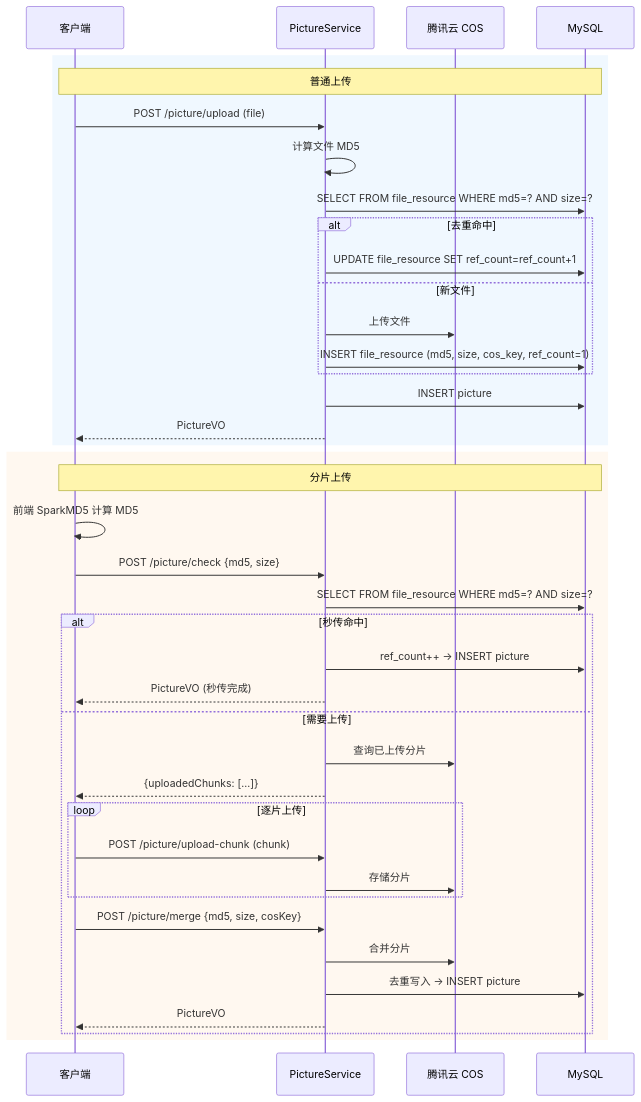
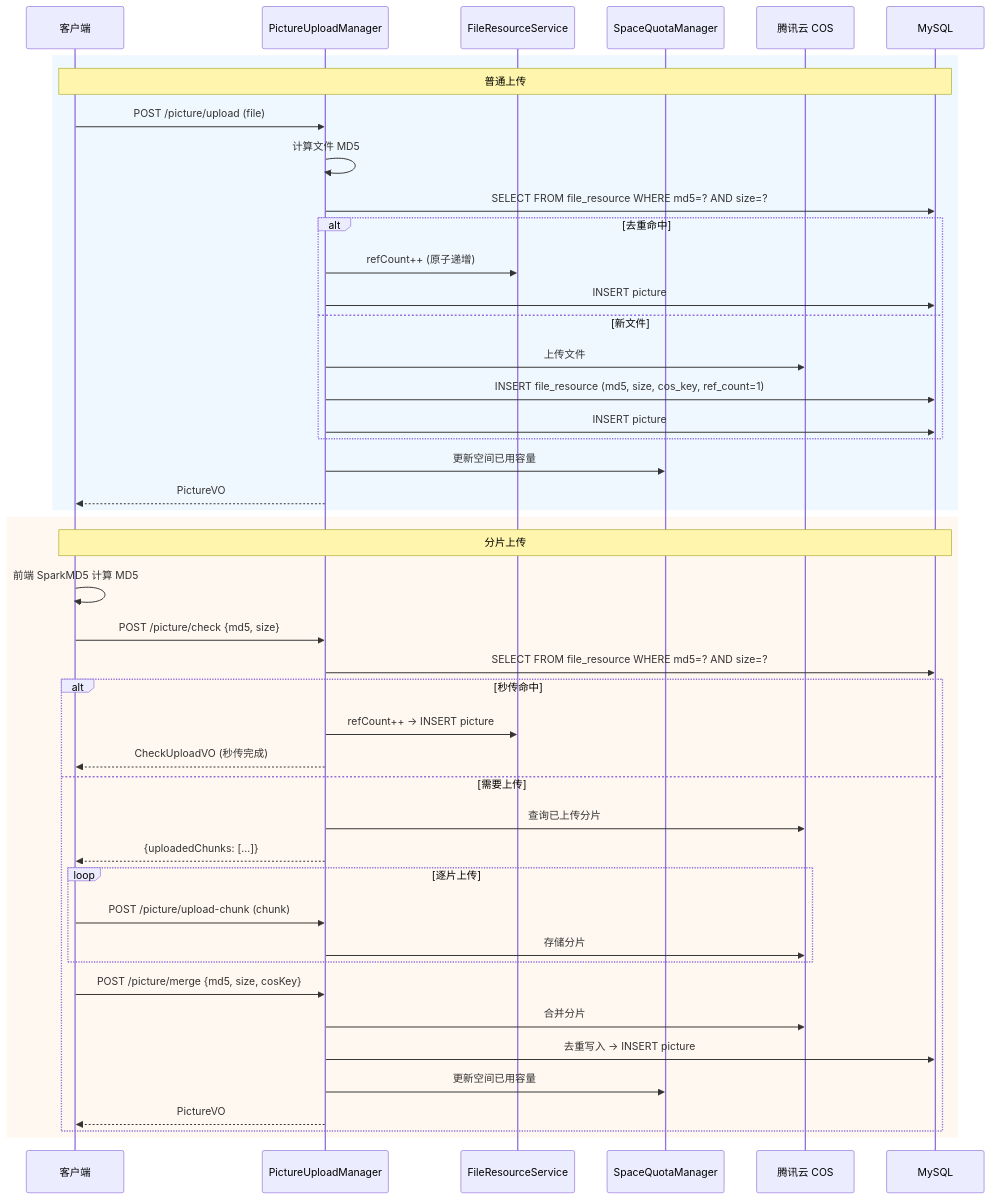
One commit to FishDuM/AI.Image.Material.Collaboration.Platform changed the fifth of 8 diagrams in model/uml_diagrams.md. Above: the diagram before and after it, drawn with Mermaid. The commit also changed other lines of this file and 2 other files, not shown here.

````diff
--- a/model/uml_diagrams.md
+++ b/model/uml_diagrams.md
@@ -535,44 +590,49 @@
 ```mermaid
 sequenceDiagram
     participant C as 客户端
-    participant P as PictureService
+    participant PM as PictureUploadManager
+    participant FR as FileResourceService
+    participant SQ as SpaceQuotaManager
     participant COS as 腾讯云 COS
     participant DB as MySQL
 
     rect rgb(240, 248, 255)
         Note over C,DB: 普通上传
-        C->>P: POST /picture/upload (file)
-        P->>P: 计算文件 MD5
-        P->>DB: SELECT FROM file_resource WHERE md5=? AND size=?
+        C->>PM: POST /picture/upload (file)
+        PM->>PM: 计算文件 MD5
+        PM->>DB: SELECT FROM file_resource WHERE md5=? AND size=?
         alt 去重命中
-            P->>DB: UPDATE file_resource SET ref_count=ref_count+1
+            PM->>FR: refCount++ (原子递增)
+            PM->>DB: INSERT picture
         else 新文件
-            P->>COS: 上传文件
-            P->>DB: INSERT file_resource (md5, size, cos_key, ref_count=1)
+            PM->>COS: 上传文件
+            PM->>DB: INSERT file_resource (md5, size, cos_key, ref_count=1)
+            PM->>DB: INSERT picture
         end
-        P->>DB: INSERT picture
-        P-->>C: PictureVO
+        PM->>SQ: 更新空间已用容量
+        PM-->>C: PictureVO
     end
 
     rect rgb(255, 248, 240)
         Note over C,DB: 分片上传
         C->>C: 前端 SparkMD5 计算 MD5
-        C->>P: POST /picture/check {md5, size}
-        P->>DB: SELECT FROM file_resource WHERE md5=? AND size=?
+        C->>PM: POST /picture/check {md5, size}
+        PM->>DB: SELECT FROM file_resource WHERE md5=? AND size=?
         alt 秒传命中
-            P->>DB: ref_count++ → INSERT picture
-            P-->>C: PictureVO (秒传完成)
+            PM->>FR: refCount++ → INSERT picture
+            PM-->>C: CheckUploadVO (秒传完成)
         else 需要上传
-            P->>COS: 查询已上传分片
-            P-->>C: {uploadedChunks: [...]}
+            PM->>COS: 查询已上传分片
+            PM-->>C: {uploadedChunks: [...]}
             loop 逐片上传
-                C->>P: POST /picture/upload-chunk (chunk)
-                P->>COS: 存储分片
+                C->>PM: POST /picture/upload-chunk (chunk)
+                PM->>COS: 存储分片
             end
-            C->>P: POST /picture/merge {md5, size, cosKey}
-            P->>COS: 合并分片
-            P->>DB: 去重写入 → INSERT picture
-            P-->>C: PictureVO
+            C->>PM: POST /picture/merge {md5, size, cosKey}
+            PM->>COS: 合并分片
+            PM->>DB: 去重写入 → INSERT picture
+            PM->>SQ: 更新空间已用容量
+            PM-->>C: PictureVO
         end
     end
 ```
````
